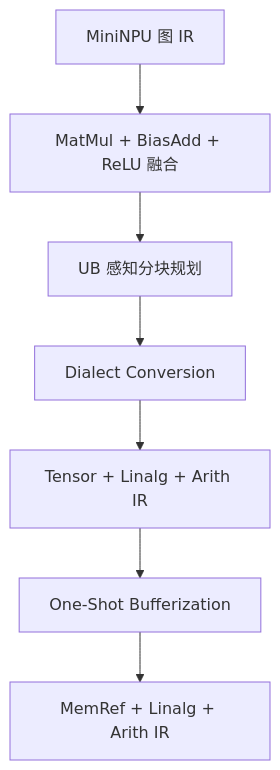
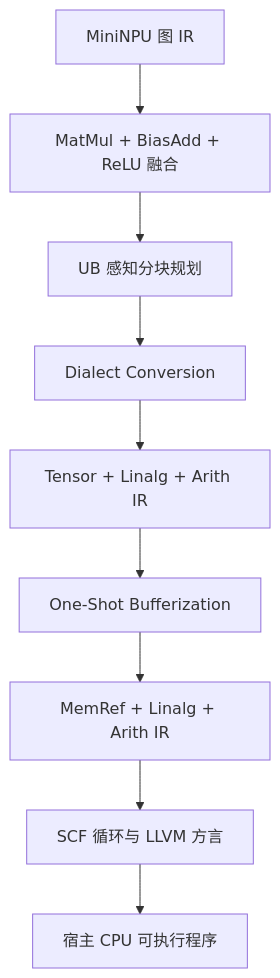
The diagram in README_CN.md (fuxiangdu/mininpu-compiler), drawn with Mermaid before and after one commit. The commit also changed other lines of this file and 21 other files, not shown here.

Commit message:
feat: add native CPU execution through LLVM lowering

````diff
--- a/README_CN.md
+++ b/README_CN.md
@@ -18,9 +20,11 @@
 ```mermaid
 flowchart TD
     A["MiniNPU 图 IR"] --> B["MatMul + BiasAdd + ReLU 融合"]
     B --> C["UB 感知分块规划"]
     C --> D["Dialect Conversion"]
     D --> E["Tensor + Linalg + Arith IR"]
     E --> F["One-Shot Bufferization"]
     F --> G["MemRef + Linalg + Arith IR"]
+    G --> H["SCF 循环与 LLVM 方言"]
+    H --> I["宿主 CPU 可执行程序"]
 ```
````
